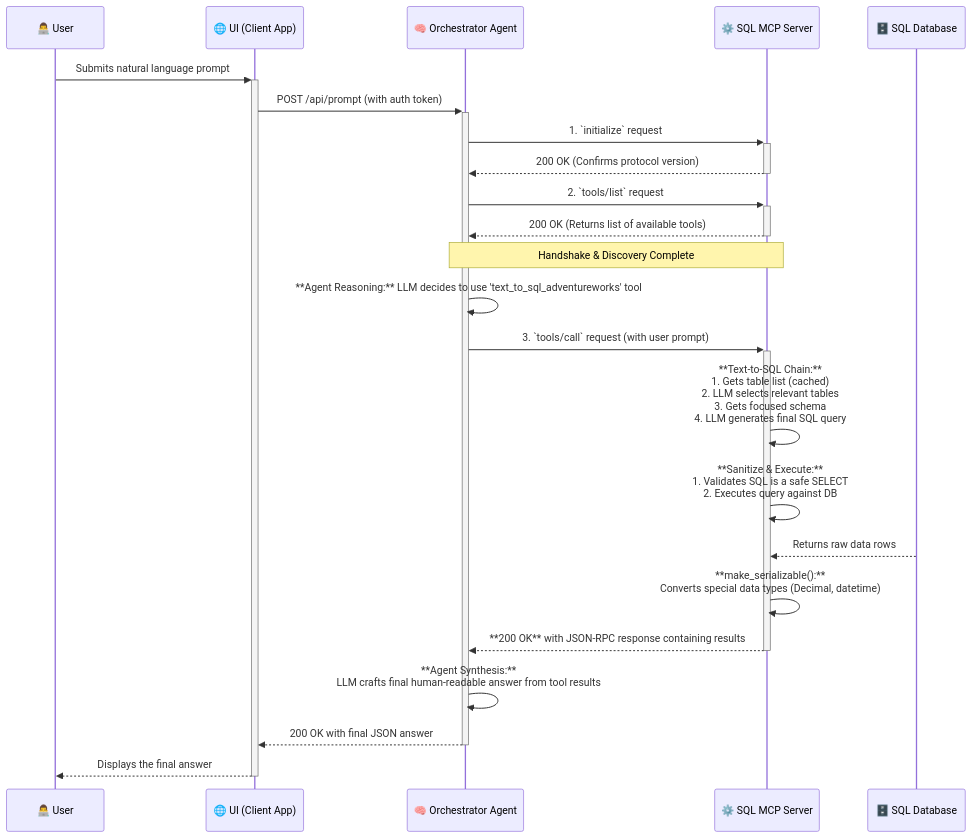
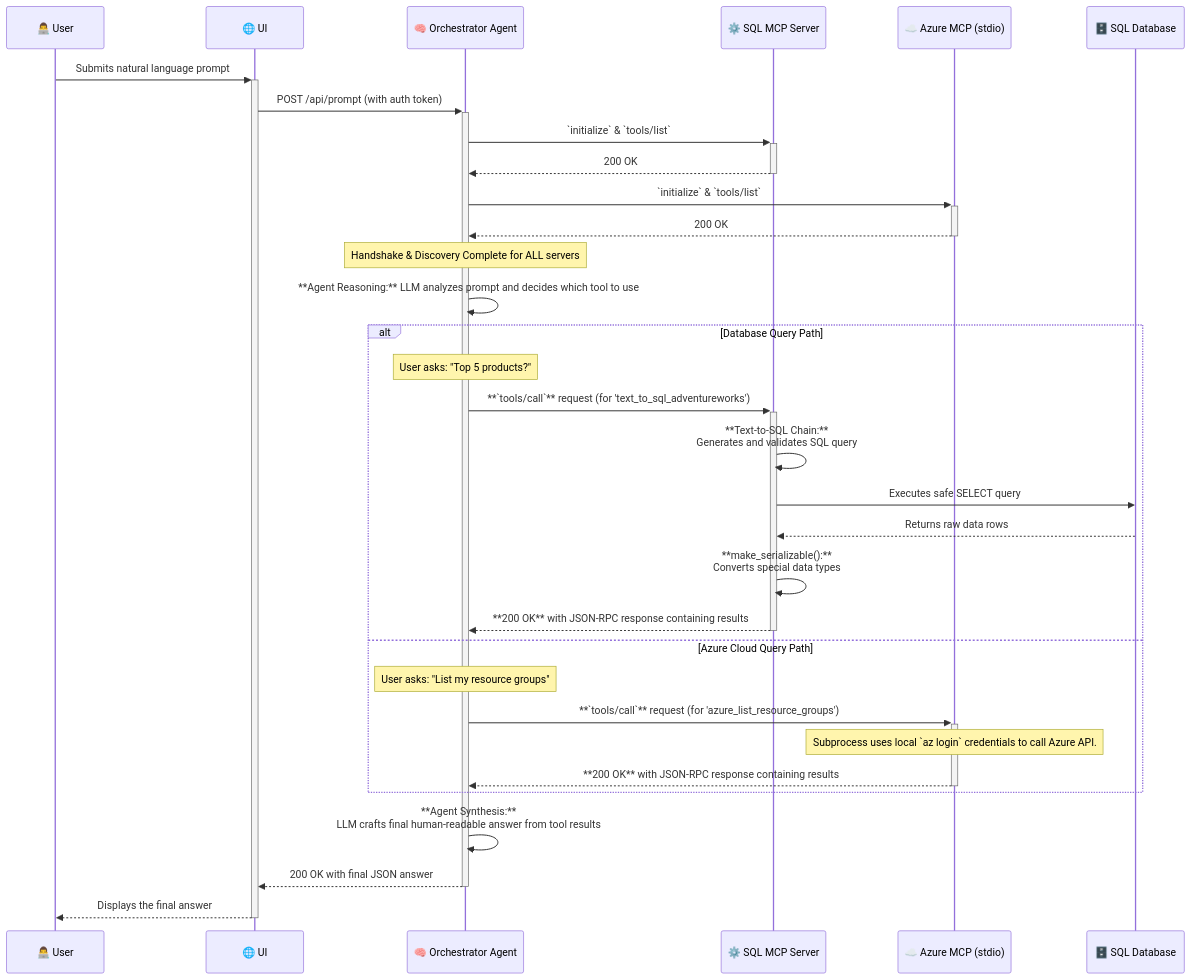
Before and after one commit to rkabdwal/multi-mcp-demo: the diagram in README.md, drawn with Mermaid.

Commit message:
Updated sequence diagram

````diff
--- a/README.md
+++ b/README.md
@@ -36,32 +36,40 @@
 ```mermaid
 sequenceDiagram
     participant User as 👨‍💻 User
-    participant UI as 🌐 UI (Client App)
+    participant UI as 🌐 UI
     participant Orchestrator as 🧠 Orchestrator Agent
     participant SQL_Server as ⚙️ SQL MCP Server
+    participant Azure_Server as ☁️ Azure MCP (stdio)
     participant DB as 🗄️ SQL Database
 
     User->>+UI: Submits natural language prompt
     UI->>+Orchestrator: POST /api/prompt (with auth token)
     
-    Orchestrator->>+SQL_Server: 1. `initialize` request
-    SQL_Server-->>-Orchestrator: 200 OK (Confirms protocol version)
+    Orchestrator->>+SQL_Server: `initialize` & `tools/list`
+    SQL_Server-->>-Orchestrator: 200 OK
+    Orchestrator->>+Azure_Server: `initialize` & `tools/list`
+    Azure_Server-->>-Orchestrator: 200 OK
     
-    Orchestrator->>+SQL_Server: 2. `tools/list` request
-    SQL_Server-->>-Orchestrator: 200 OK (Returns list of available tools)
+    Note over Orchestrator: Handshake & Discovery Complete for ALL servers
     
-    Note over Orchestrator, SQL_Server: Handshake & Discovery Complete
+    Orchestrator->>Orchestrator: **Agent Reasoning:** LLM analyzes prompt and decides which tool to use
     
-    Orchestrator->>Orchestrator: **Agent Reasoning:** LLM decides to use 'text_to_sql_adventureworks' tool
-    
-    Orchestrator->>+SQL_Server: 3. `tools/call` request (with user prompt)
-    SQL_Server->>SQL_Server: **Text-to-SQL Chain:**<br/>1. Gets table list (cached)<br/>2. LLM selects relevant tables<br/>3. Gets focused schema<br/>4. LLM generates final SQL query
-    SQL_Server->>SQL_Server: **Sanitize & Execute:**<br/>1. Validates SQL is a safe SELECT<br/>2. Executes query against DB
-    DB-->>SQL_Server: Returns raw data rows
-    SQL_Server->>SQL_Server: **make_serializable():**<br/>Converts special data types (Decimal, datetime)
-    SQL_Server-->>-Orchestrator: **200 OK** with JSON-RPC response containing results
+    alt Database Query Path
+        Note over Orchestrator: User asks: "Top 5 products?"
+        Orchestrator->>+SQL_Server: **`tools/call`** request (for 'text_to_sql_adventureworks')
+        SQL_Server->>SQL_Server: **Text-to-SQL Chain:**<br/>Generates and validates SQL query
+        SQL_Server->>DB: Executes safe SELECT query
+        DB-->>SQL_Server: Returns raw data rows
+        SQL_Server->>SQL_Server: **make_serializable():**<br/>Converts special data types
+        SQL_Server-->>-Orchestrator: **200 OK** with JSON-RPC response containing results
+    else Azure Cloud Query Path
+        Note over Orchestrator: User asks: "List my resource groups"
+        Orchestrator->>+Azure_Server: **`tools/call`** request (for 'azure_list_resource_groups')
+        Note over Azure_Server: Subprocess uses local `az login` credentials to call Azure API.
+        Azure_Server-->>-Orchestrator: **200 OK** with JSON-RPC response containing results
+    end
     
     Orchestrator->>Orchestrator: **Agent Synthesis:**<br/>LLM crafts final human-readable answer from tool results
     Orchestrator-->>-UI: 200 OK with final JSON answer
     UI-->>-User: Displays the final answer
 ```
````
